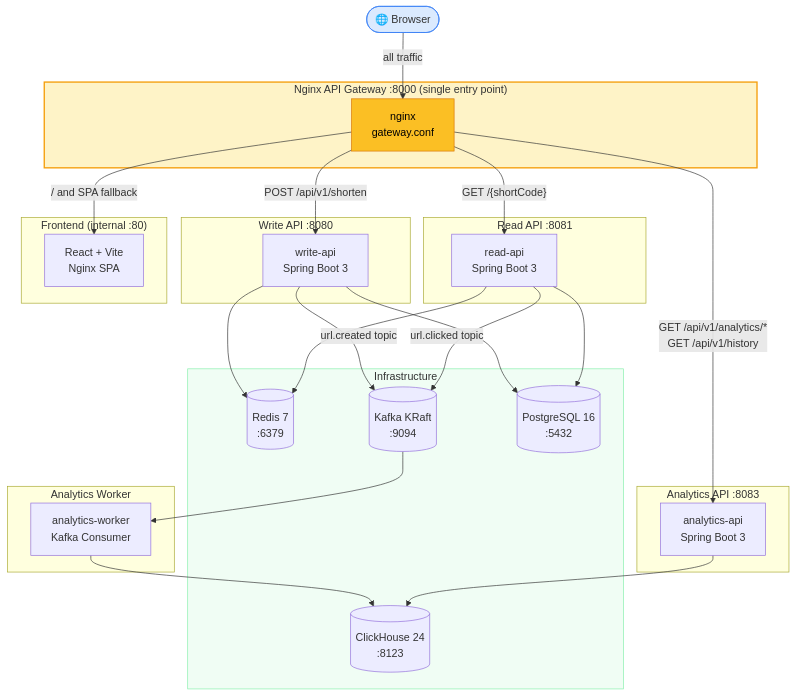
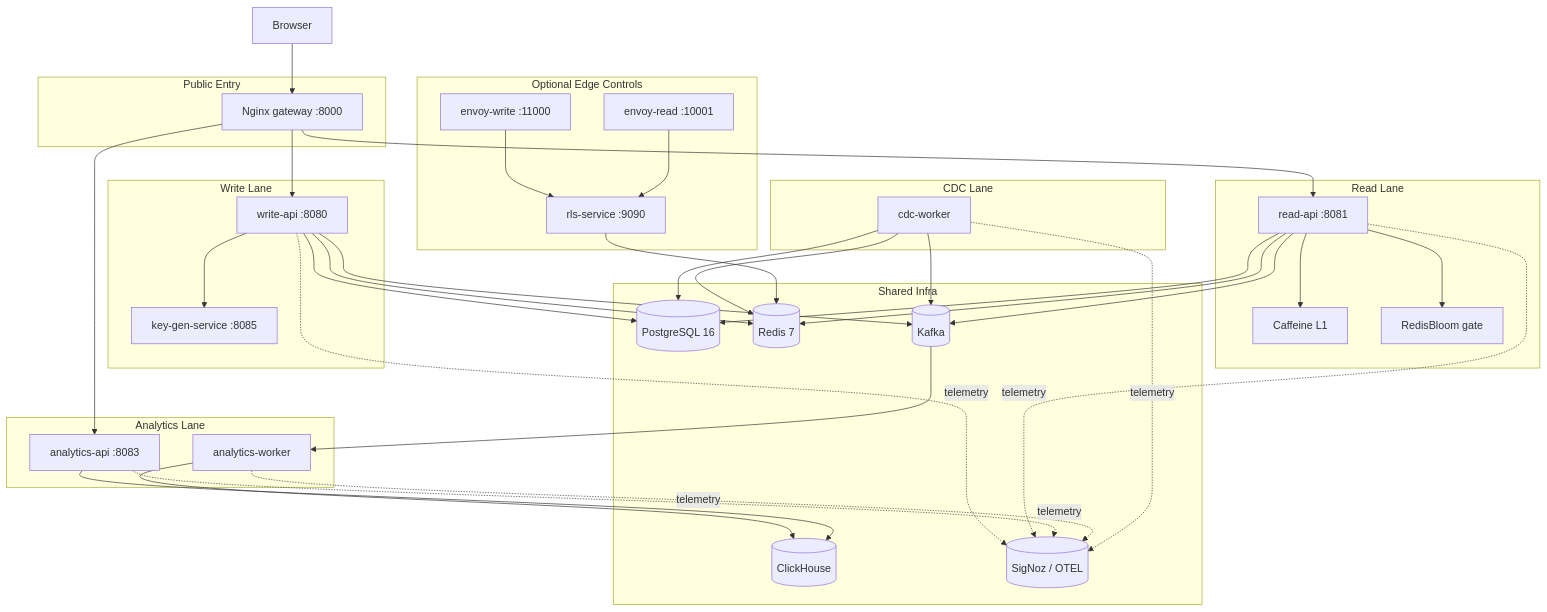
The first of 7 diagrams in docs/architecture.md (hemantkgupta/url-shortener-java), drawn with Mermaid before and after one commit. The commit also changed other lines of this file and 5 other files, not shown here.

````diff
--- a/docs/architecture.md
+++ b/docs/architecture.md
@@ -11,59 +12,76 @@
 ```mermaid
 flowchart TD
-    Browser(["🌐 Browser"])
+    Browser["Browser"]
 
-    subgraph Gateway["Nginx API Gateway :8000 (single entry point)"]
-        GW["nginx\ngateway.conf"]
+    subgraph Public["Public Entry"]
+        GW["Nginx gateway :8000"]
     end
 
-    subgraph WriteAPI["Write API :8080"]
-        WA["write-api\nSpring Boot 3"]
+    subgraph Write["Write Lane"]
+        WA["write-api :8080"]
+        KGS["key-gen-service :8085"]
     end
 
-    subgraph ReadAPI["Read API :8081"]
-        RA["read-api\nSpring Boot 3"]
+    subgraph Read["Read Lane"]
+        RA["read-api :8081"]
+        L1["Caffeine L1"]
+        BF["RedisBloom gate"]
     end
 
-    subgraph AnalyticsWorker["Analytics Worker"]
-        AW["analytics-worker\nKafka Consumer"]
+    subgraph Analytics["Analytics Lane"]
+        AA["analytics-api :8083"]
+        AW["analytics-worker"]
     end
 
-    subgraph AnalyticsAPI["Analytics API :8083"]
-        AA["analytics-api\nSpring Boot 3"]
+    subgraph CDC["CDC Lane"]
+        CDCW["cdc-worker"]
     end
 
-    subgraph Frontend["Frontend (internal :80)"]
-        FE["React + Vite\nNginx SPA"]
+    subgraph Edge["Optional Edge Controls"]
+        EW["envoy-write :11000"]
+        ER["envoy-read :10001"]
+        RLS["rls-service :9090"]
     end
 
-    subgraph Infra["Infrastructure"]
-        Redis[(Redis 7\n:6379)]
-        Kafka[(Kafka KRaft\n:9094)]
-        CH[(ClickHouse 24\n:8123)]
-        PG[(PostgreSQL 16\n:5432)]
+    subgraph Infra["Shared Infra"]
+        PG[("PostgreSQL 16")]
+        Redis[("Redis 7")]
+        Kafka[("Kafka")]
+        CH[("ClickHouse")]
+        SigNoz[("SigNoz / OTEL")]
     end
 
-    Browser -- "all traffic" --> GW
-
-    GW -- "POST /api/v1/shorten" --> WA
-    GW -- "GET /{shortCode}" --> RA
-    GW -- "GET /api/v1/analytics/*\nGET /api/v1/history" --> AA
-    GW -- "/ and SPA fallback" --> FE
+    Browser --> GW
+    GW --> WA
+    GW --> RA
+    GW --> AA
 
     WA --> Redis
     WA --> PG
-    WA -- "url.created topic" --> Kafka
+    WA --> KGS
+    WA --> Kafka
 
+    RA --> BF
+    RA --> L1
     RA --> Redis
     RA --> PG
-    RA -- "url.clicked topic" --> Kafka
+    RA --> Kafka
+
+    CDCW --> PG
+    CDCW --> Redis
+    CDCW --> Kafka
 
     Kafka --> AW
     AW --> CH
     AA --> CH
 
-    style Gateway fill:#fef3c7,stroke:#f59e0b,stroke-width:2px
-    style GW fill:#fbbf24,stroke:#d97706,color:#000
-    style Browser fill:#dbeafe,stroke:#3b82f6
-    style Infra fill:#f0fdf4,stroke:#86efac
+    EW --> RLS
+    ER --> RLS
+    RLS --> Redis
+
+    WA -. telemetry .-> SigNoz
+    RA -. telemetry .-> SigNoz
+    AA -. telemetry .-> SigNoz
+    AW -. telemetry .-> SigNoz
+    CDCW -. telemetry .-> SigNoz
 ```
````
